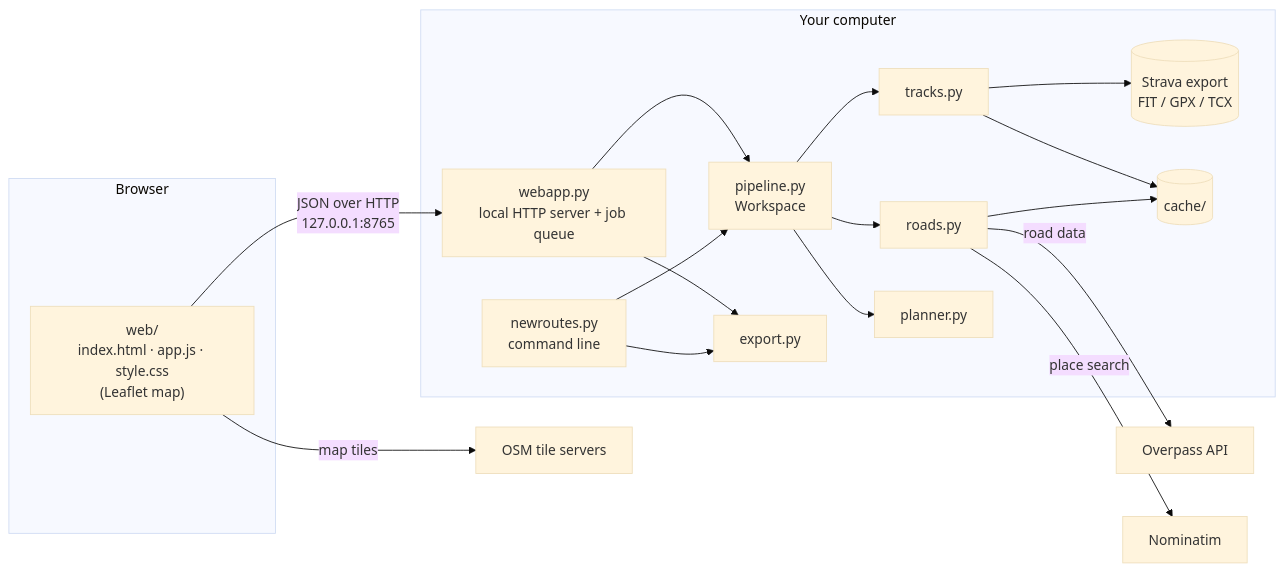
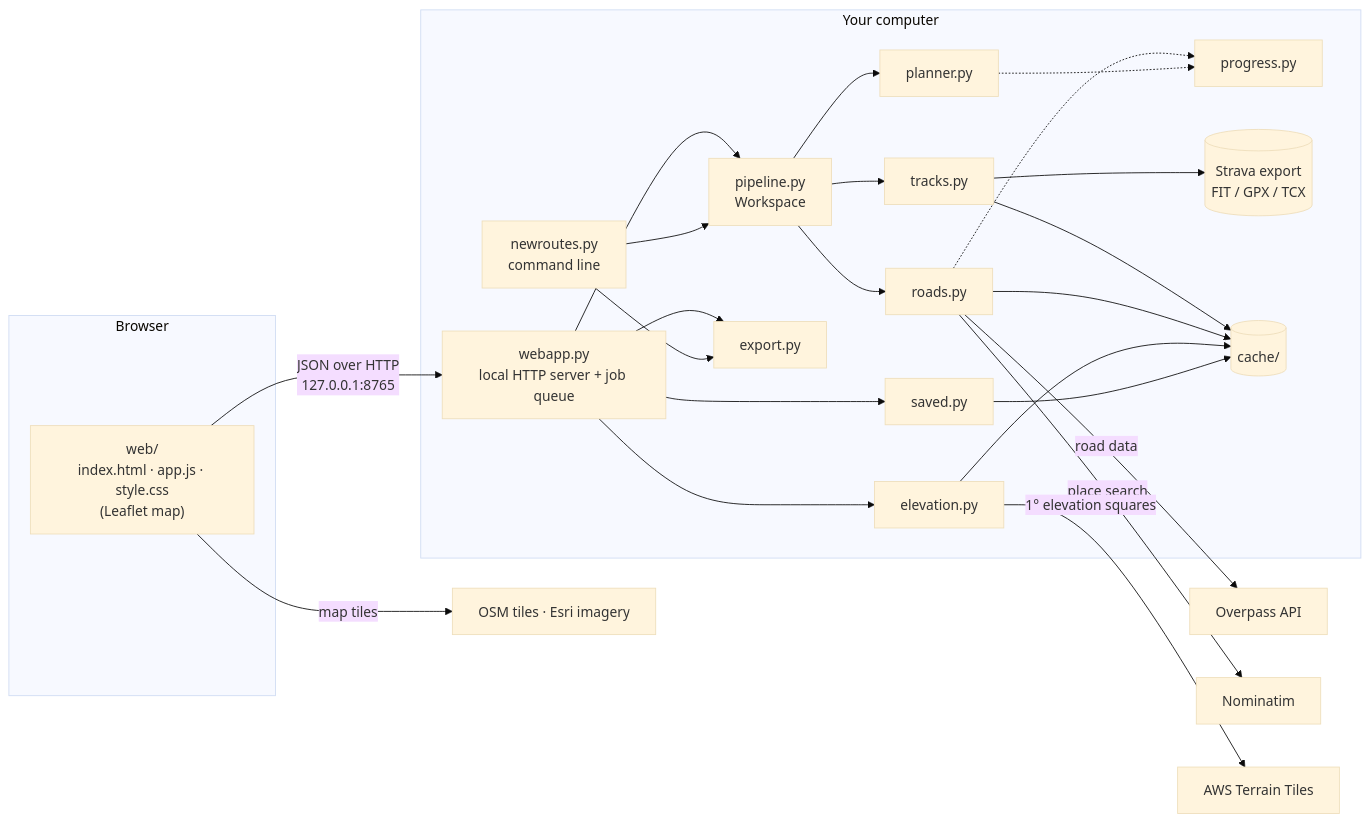
Before and after one commit to jmogil/new-roads-planner: the diagram in docs/architecture.md, drawn with Mermaid (base theme). The commit also changed other lines of this file and 4 other files, not shown here.

Commit message:
Document v0.3: web app guide, architecture, changelog and roadmap

````diff
--- a/docs/architecture.md
+++ b/docs/architecture.md
@@ -8,31 +8,41 @@
 ```mermaid
 flowchart LR
   subgraph browser["Browser"]
     UI["web/<br/>index.html · app.js · style.css<br/>(Leaflet map)"]
   end
   subgraph computer["Your computer"]
     WA["webapp.py<br/>local HTTP server + job queue"]
     CLI["newroutes.py<br/>command line"]
     PL["pipeline.py<br/>Workspace"]
     TR["tracks.py"]
     RD["roads.py"]
     PN["planner.py"]
+    EL["elevation.py"]
+    SV["saved.py"]
     EX["export.py"]
+    PG["progress.py"]
     EXP[("Strava export<br/>FIT / GPX / TCX")]
     CA[("cache/")]
   end
   UI -- "JSON over HTTP<br/>127.0.0.1:8765" --> WA
   WA --> PL
   CLI --> PL
   PL --> TR
   PL --> RD
   PL --> PN
+  WA --> EL
+  WA --> SV
   WA --> EX
   CLI --> EX
+  RD -.-> PG
+  PN -.-> PG
   TR --> EXP
   TR --> CA
   RD --> CA
+  EL --> CA
+  SV --> CA
   RD -- "road data" --> OV["Overpass API"]
   RD -- "place search" --> NO["Nominatim"]
-  UI -- "map tiles" --> OT["OSM tile servers"]
+  EL -- "1° elevation squares" --> TT["AWS Terrain Tiles"]
+  UI -- "map tiles" --> OT["OSM tiles · Esri imagery"]
 ```
````
